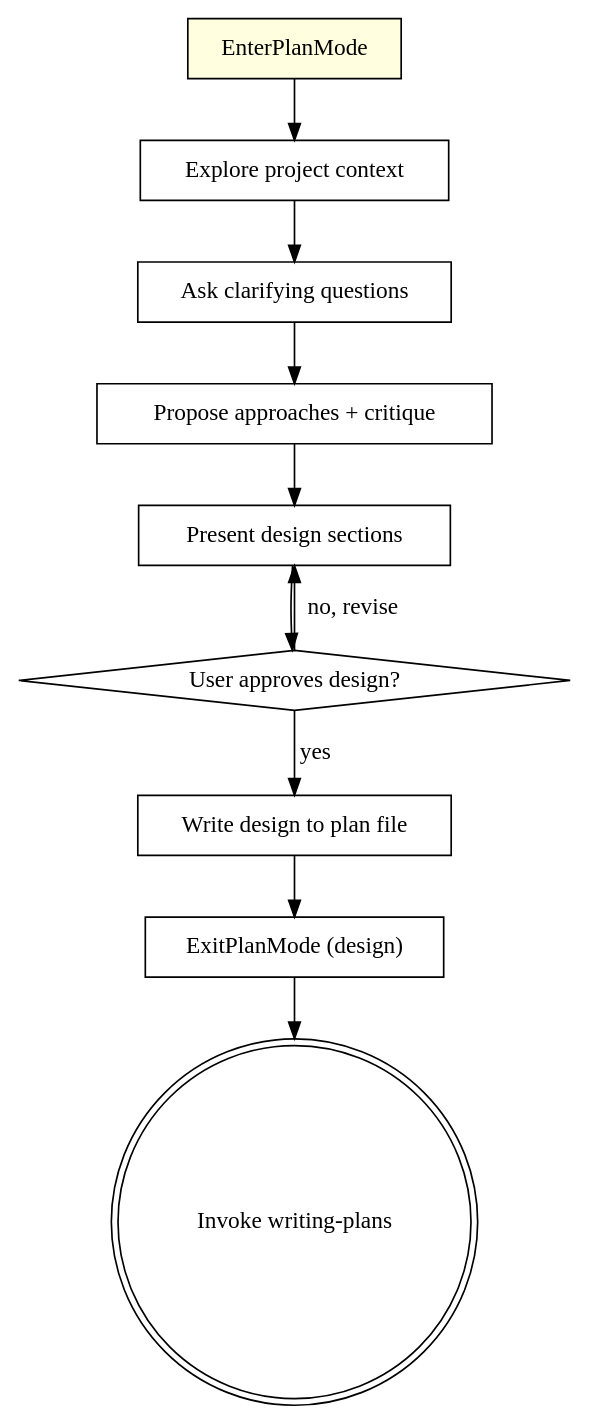
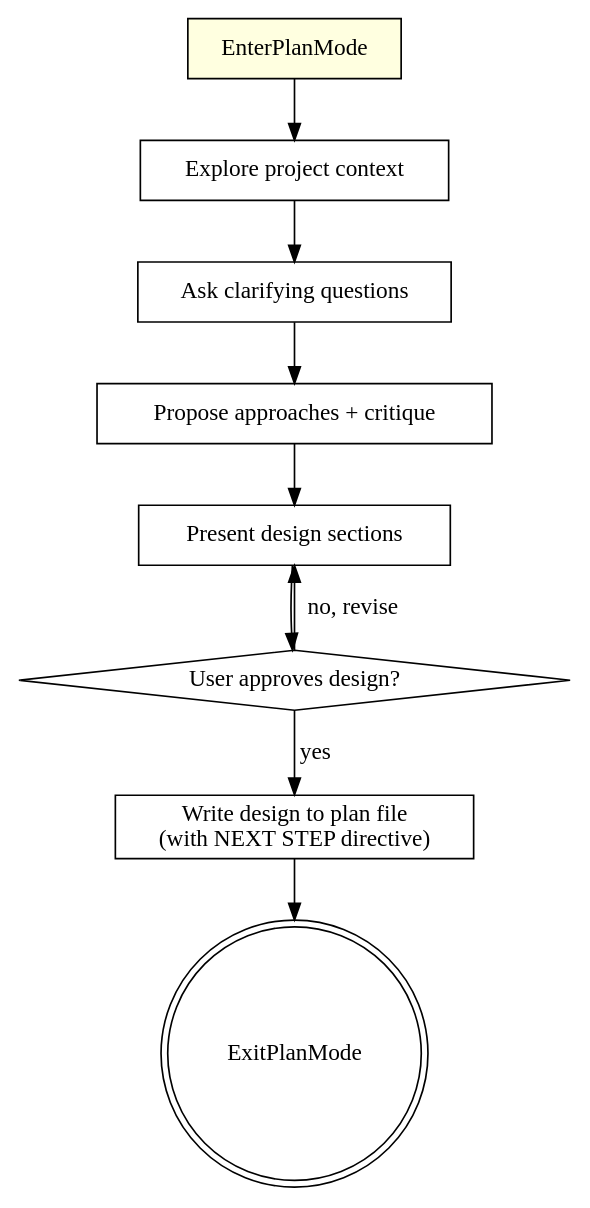
Before and after one commit to axinvd/superpowers: the diagram in skills/brainstorming/SKILL.md, drawn with Graphviz. The commit also changed other lines of this file, not shown here.

First line of the commit message:
refactor: embed writing-plans directive in plan file instead of task queue chaining

````diff
--- a/skills/brainstorming/SKILL.md
+++ b/skills/brainstorming/SKILL.md
@@ -37,23 +36,21 @@
 ```dot
 digraph brainstorming {
     "EnterPlanMode" [shape=box style=filled fillcolor=lightyellow];
     "Explore project context" [shape=box];
     "Ask clarifying questions" [shape=box];
     "Propose approaches + critique" [shape=box];
     "Present design sections" [shape=box];
     "User approves design?" [shape=diamond];
-    "Write design to plan file" [shape=box];
-    "ExitPlanMode (design)" [shape=box];
-    "Invoke writing-plans" [shape=doublecircle];
+    "Write design to plan file\n(with NEXT STEP directive)" [shape=box];
+    "ExitPlanMode" [shape=doublecircle];
 
     "EnterPlanMode" -> "Explore project context";
     "Explore project context" -> "Ask clarifying questions";
     "Ask clarifying questions" -> "Propose approaches + critique";
     "Propose approaches + critique" -> "Present design sections";
     "Present design sections" -> "User approves design?";
     "User approves design?" -> "Present design sections" [label="no, revise"];
-    "User approves design?" -> "Write design to plan file" [label="yes"];
-    "Write design to plan file" -> "ExitPlanMode (design)";
-    "ExitPlanMode (design)" -> "Invoke writing-plans";
+    "User approves design?" -> "Write design to plan file\n(with NEXT STEP directive)" [label="yes"];
+    "Write design to plan file\n(with NEXT STEP directive)" -> "ExitPlanMode";
 }
 ```
````
